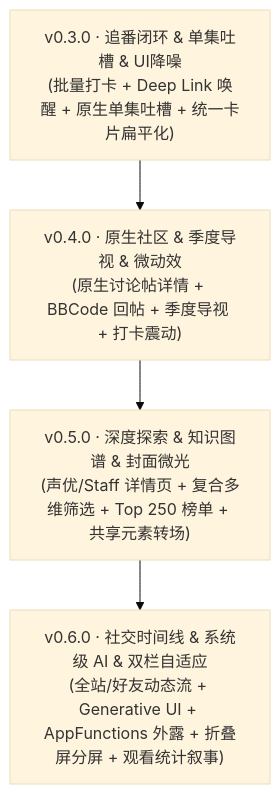
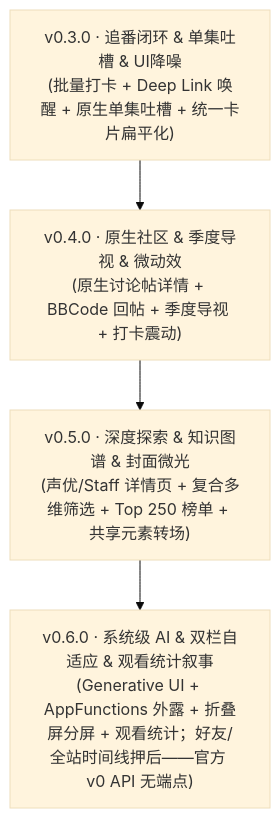
The diagram in ROADMAP.md (infinitezerone/MiniBgm), drawn with Mermaid (base theme) before and after one commit. The commit also changed other lines of this file, not shown here.

Commit message:
docs(roadmap): 清理过时现状描述并对齐已定边界

````diff
--- a/ROADMAP.md
+++ b/ROADMAP.md
@@ -227,6 +228,6 @@
 ```mermaid
 flowchart TD
     M1["v0.3.0 · 追番闭环 & 单集吐槽 & UI降噪\n(批量打卡 + Deep Link 唤醒 + 原生单集吐槽 + 统一卡片扁平化)"] --> M2["v0.4.0 · 原生社区 & 季度导视 & 微动效\n(原生讨论帖详情 + BBCode 回帖 + 季度导视 + 打卡震动)"]
     M2 --> M3["v0.5.0 · 深度探索 & 知识图谱 & 封面微光\n(声优/Staff 详情页 + 复合多维筛选 + Top 250 榜单 + 共享元素转场)"]
-    M3 --> M4["v0.6.0 · 社交时间线 & 系统级 AI & 双栏自适应\n(全站/好友动态流 + Generative UI + AppFunctions 外露 + 折叠屏分屏 + 观看统计叙事)"]
+    M3 --> M4["v0.6.0 · 系统级 AI & 双栏自适应 & 观看统计叙事\n(Generative UI + AppFunctions 外露 + 折叠屏分屏 + 观看统计；好友/全站时间线押后——官方 v0 API 无端点)"]
 ```
````
